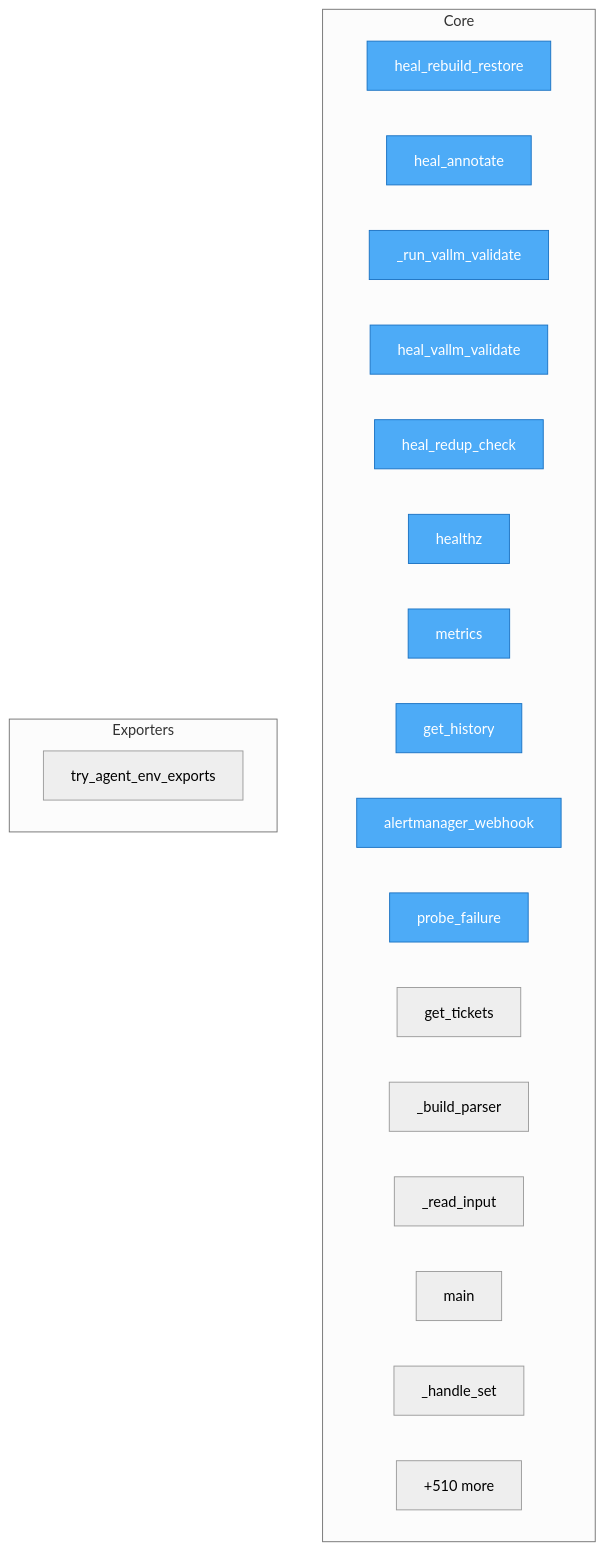
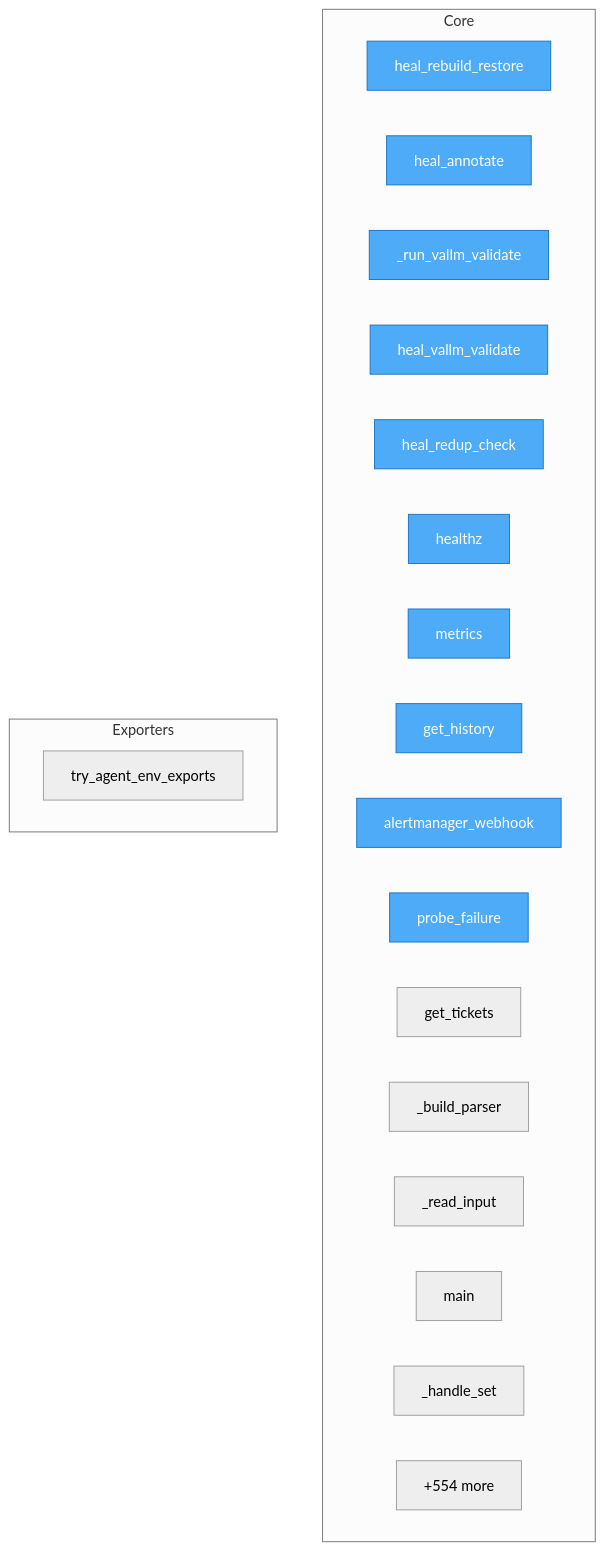
The diagram in project/flow.mmd (semcod/koru), drawn with Mermaid (neutral theme) before and after one commit. The commit also changed 51 other files, not shown here.

```diff
--- a/project/flow.mmd
+++ b/project/flow.mmd
@@ -1,30 +1,30 @@
 flowchart TD
-%% generated in 0.05s
+%% generated in 0.07s
 
     %% Entry points (blue)
     classDef entry fill:#4dabf7,stroke:#1971c2,color:#fff
 
     subgraph Core
         services__healing_webhook__app__heal_rebuild_restore["heal_rebuild_restore"]
         services__healing_webhook__app__heal_annotate["heal_annotate"]
         services__healing_webhook__app___run_vallm_validate["_run_vallm_validate"]
         services__healing_webhook__app__heal_vallm_validate["heal_vallm_validate"]
         services__healing_webhook__app__heal_redup_check["heal_redup_check"]
         services__healing_webhook__app__healthz["healthz"]
         services__healing_webhook__app__metrics["metrics"]
         services__healing_webhook__app__get_history["get_history"]
         services__healing_webhook__app__alertmanager_webhook["alertmanager_webhook"]
         services__healing_webhook__app__probe_failure["probe_failure"]
         services__healing_webhook__app__get_tickets["get_tickets"]
         src__korudsl__cli___build_parser["_build_parser"]
         src__korudsl__cli___read_input["_read_input"]
         src__korudsl__cli__main["main"]
         src__korudsl__library___handle_set["_handle_set"]
-        ...["+510 more"]
+        ...["+554 more"]
     end
 
     subgraph Exporters
         src__koru__agent_cli_helpers__try_agent_env_exports["try_agent_env_exports"]
     end
 
     class services__healing_webhook__app__heal_rebuild_restore,services__healing_webhook__app__heal_annotate,services__healing_webhook__app___run_vallm_validate,services__healing_webhook__app__heal_vallm_validate,services__healing_webhook__app__heal_redup_check,services__healing_webhook__app__healthz,services__healing_webhook__app__metrics,services__healing_webhook__app__get_history,services__healing_webhook__app__alertmanager_webhook,services__healing_webhook__app__probe_failure entry
```
